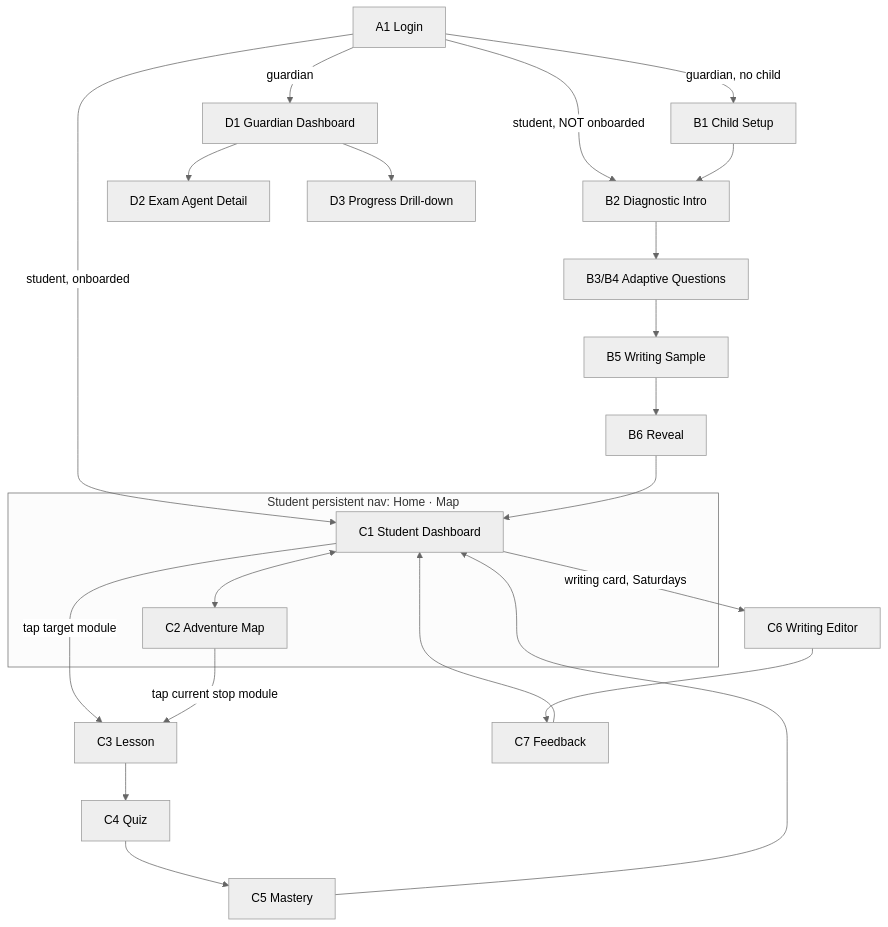
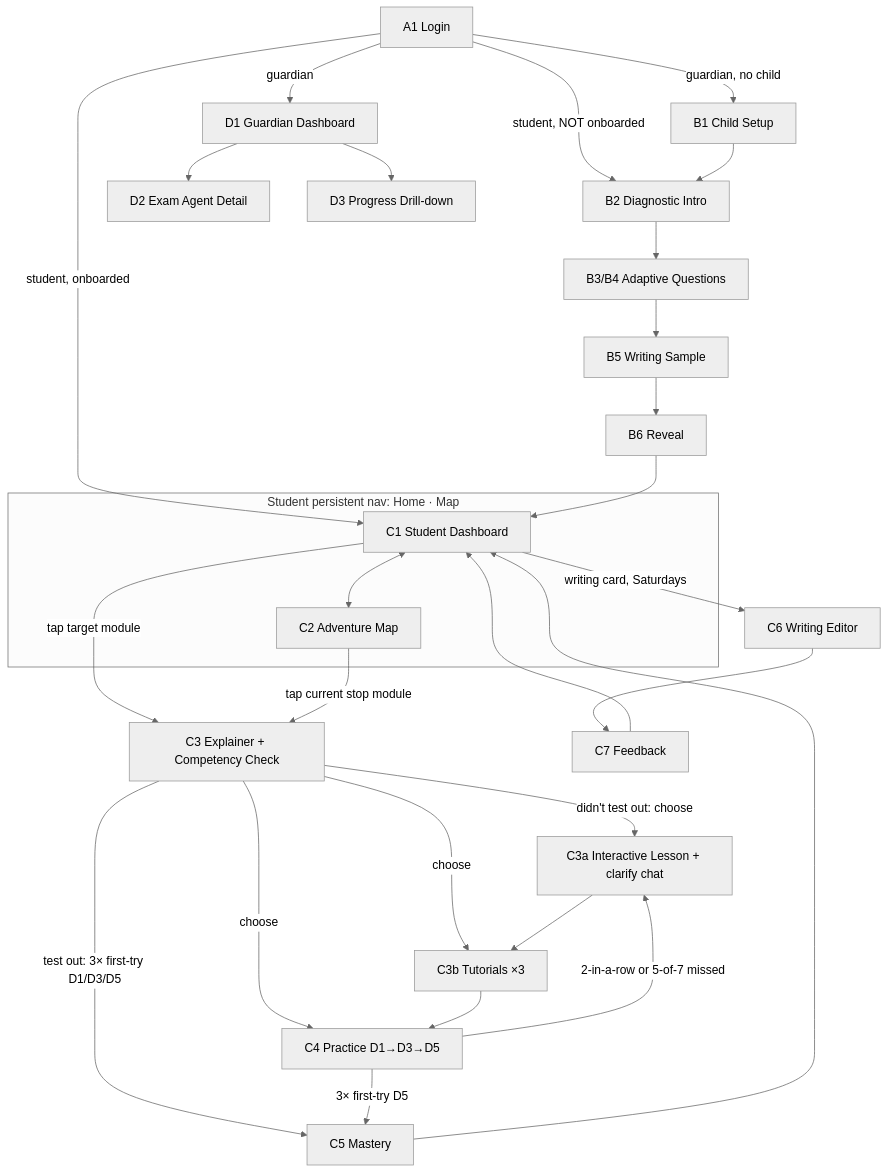
Before and after one commit to ipmarecheau/formynieces: the diagram in formynieces-spec/03_SCREENS_AND_NAVIGATION.md, drawn with Mermaid (neutral theme). The commit also changed other lines of this file and 6 other files, not shown here.

First line of the commit message:
docs(specs): redesign learning loop — explainer, D1/D3/D5 test-out, interactive lesson, trigger-based re-teach

````diff
--- a/formynieces-spec/03_SCREENS_AND_NAVIGATION.md
+++ b/formynieces-spec/03_SCREENS_AND_NAVIGATION.md
@@ -77,19 +79,27 @@
 ```mermaid
 flowchart TD
     L[A1 Login] -->|student, onboarded| C1[C1 Student Dashboard]
     L -->|student, NOT onboarded| B2[B2 Diagnostic Intro]
     L -->|guardian, no child| B1[B1 Child Setup]
     L -->|guardian| D1[D1 Guardian Dashboard]
 
     B1 --> B2 --> B3[B3/B4 Adaptive Questions] --> B5[B5 Writing Sample] --> B6[B6 Reveal] --> C1
 
     subgraph StudentNav [Student persistent nav: Home · Map]
       C1 <--> C2[C2 Adventure Map]
     end
-    C1 -->|tap target module| C3[C3 Lesson] --> C4[C4 Quiz] --> C5[C5 Mastery] --> C1
+    C1 -->|tap target module| C3[C3 Explainer + Competency Check]
+    C3 -->|test out: 3× first-try D1/D3/D5| C5[C5 Mastery]
+    C3 -->|didn't test out: choose| C3a[C3a Interactive Lesson + clarify chat]
+    C3 -->|choose| C3b[C3b Tutorials ×3]
+    C3 -->|choose| C4[C4 Practice D1→D3→D5]
+    C3a --> C3b --> C4
+    C4 -->|2-in-a-row or 5-of-7 missed| C3a
+    C4 -->|3× first-try D5| C5
+    C5 --> C1
     C2 -->|tap current stop module| C3
     C1 -->|writing card, Saturdays| C6[C6 Writing Editor] --> C7[C7 Feedback] --> C1
 
     D1 --> D2[D2 Exam Agent Detail]
     D1 --> D3[D3 Progress Drill-down]
 ```
````
